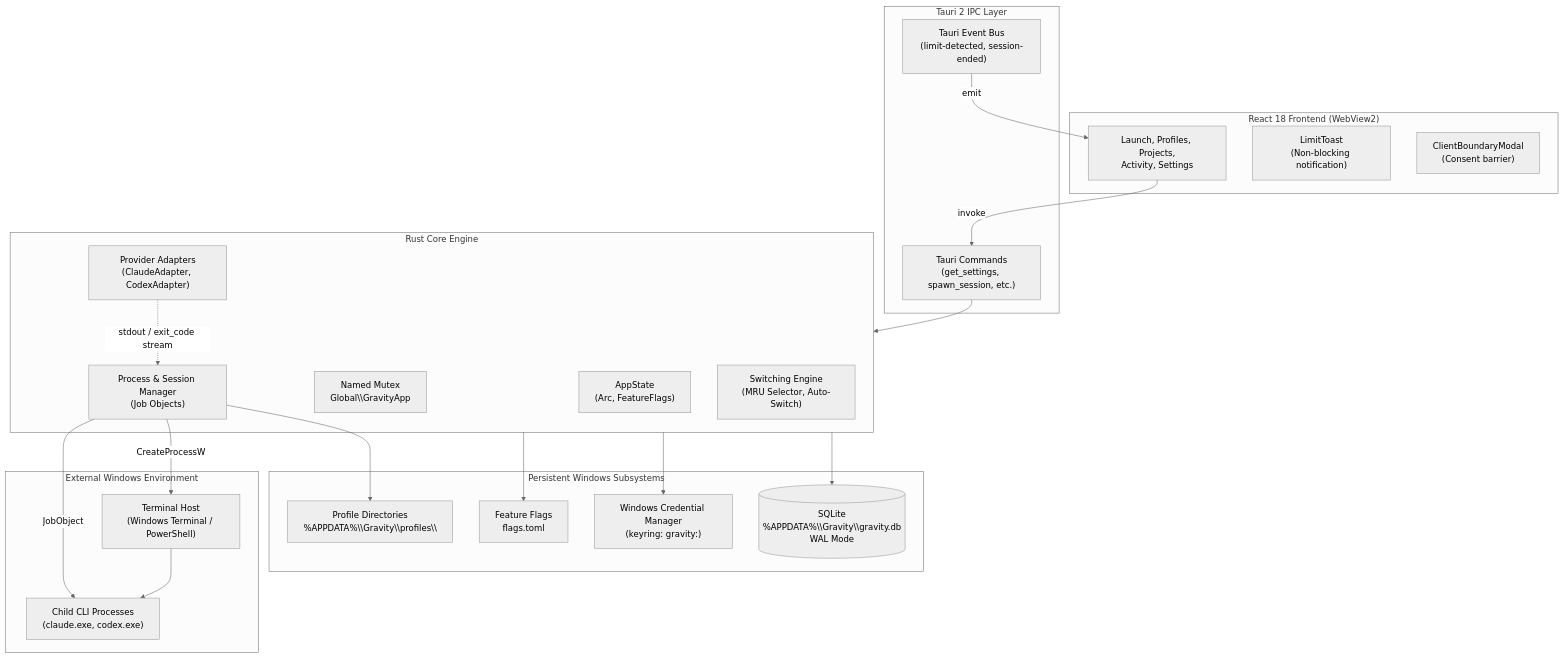
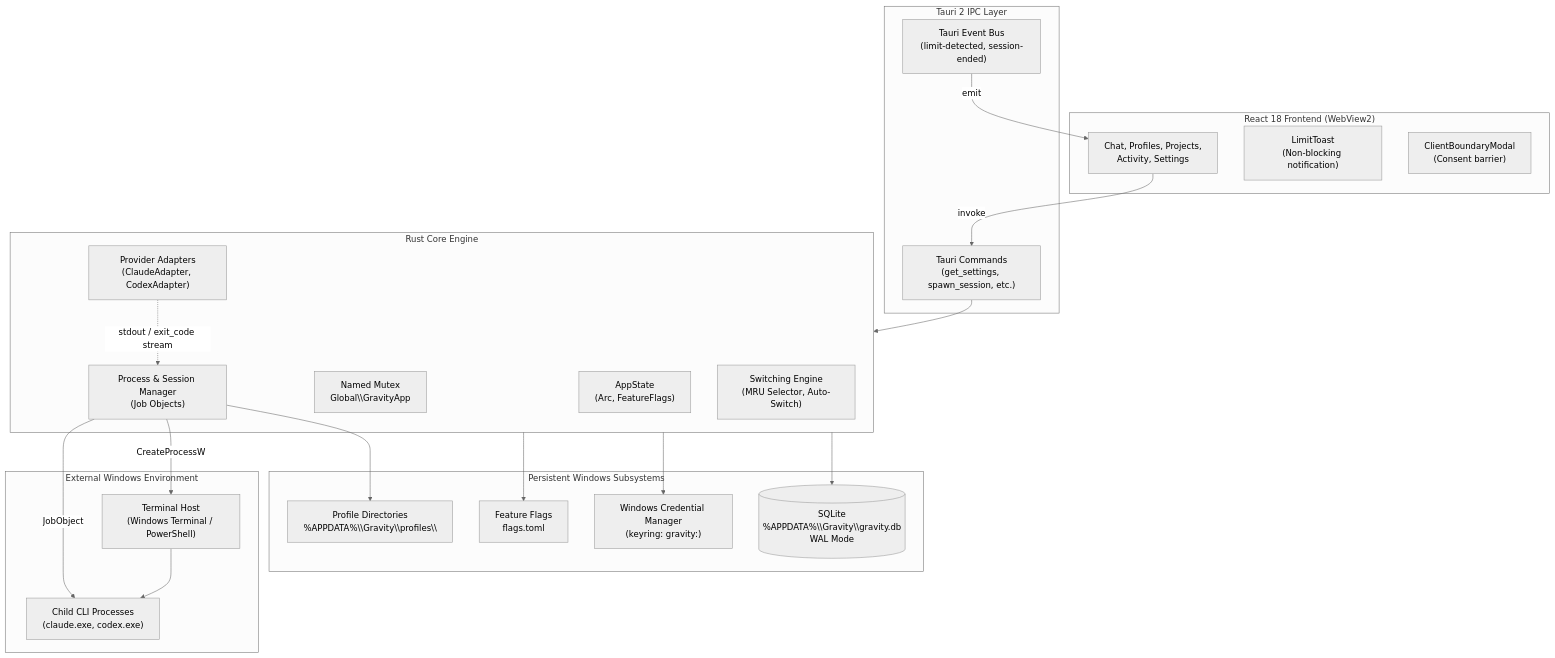
The first of 2 diagrams in ARCHITECTURE.md (susin-d/Gravity), drawn with Mermaid (neutral theme) before and after one commit. The commit also changed other lines of this file and 35 other files, not shown here.

````diff
--- a/ARCHITECTURE.md
+++ b/ARCHITECTURE.md
@@ -11,45 +11,45 @@
 ```mermaid
 flowchart TD
     subgraph Frontend["React 18 Frontend (WebView2)"]
-        UI["Launch, Profiles, Projects,\nActivity, Settings"]
+        UI["Chat, Profiles, Projects,\nActivity, Settings"]
         Toast["LimitToast\n(Non-blocking notification)"]
         Modal["ClientBoundaryModal\n(Consent barrier)"]
     end
 
     subgraph IPC["Tauri 2 IPC Layer"]
         Commands["Tauri Commands\n(get_settings, spawn_session, etc.)"]
         Events["Tauri Event Bus\n(limit-detected, session-ended)"]
     end
 
     subgraph Backend["Rust Core Engine"]
         State["AppState\n(Arc<Db>, FeatureFlags)"]
         SingleInst["Named Mutex\nGlobal\\GravityApp"]
         ProcMgr["Process & Session Manager\n(Job Objects)"]
         Adapters["Provider Adapters\n(ClaudeAdapter, CodexAdapter)"]
         SwitchEng["Switching Engine\n(MRU Selector, Auto-Switch)"]
     end
 
     subgraph Storage["Persistent Windows Subsystems"]
         DB[("SQLite\n%APPDATA%\\Gravity\\gravity.db\nWAL Mode")]
         CredMgr["Windows Credential Manager\n(keyring: gravity:<uuid>)"]
         ConfigDirs["Profile Directories\n%APPDATA%\\Gravity\\profiles\\<uuid>"]
         Flags["Feature Flags\nflags.toml"]
     end
 
     subgraph External["External Windows Environment"]
         Term["Terminal Host\n(Windows Terminal / PowerShell)"]
         CLI["Child CLI Processes\n(claude.exe, codex.exe)"]
     end
 
     UI -->|invoke| Commands
     Commands --> Backend
     Events -->|emit| UI
     Backend --> DB
     Backend --> CredMgr
     Backend --> Flags
     ProcMgr --> ConfigDirs
     ProcMgr -->|CreateProcessW| Term
     Term --> CLI
     ProcMgr -->|JobObject| CLI
     Adapters -.->|stdout / exit_code stream| ProcMgr
 ```
````
